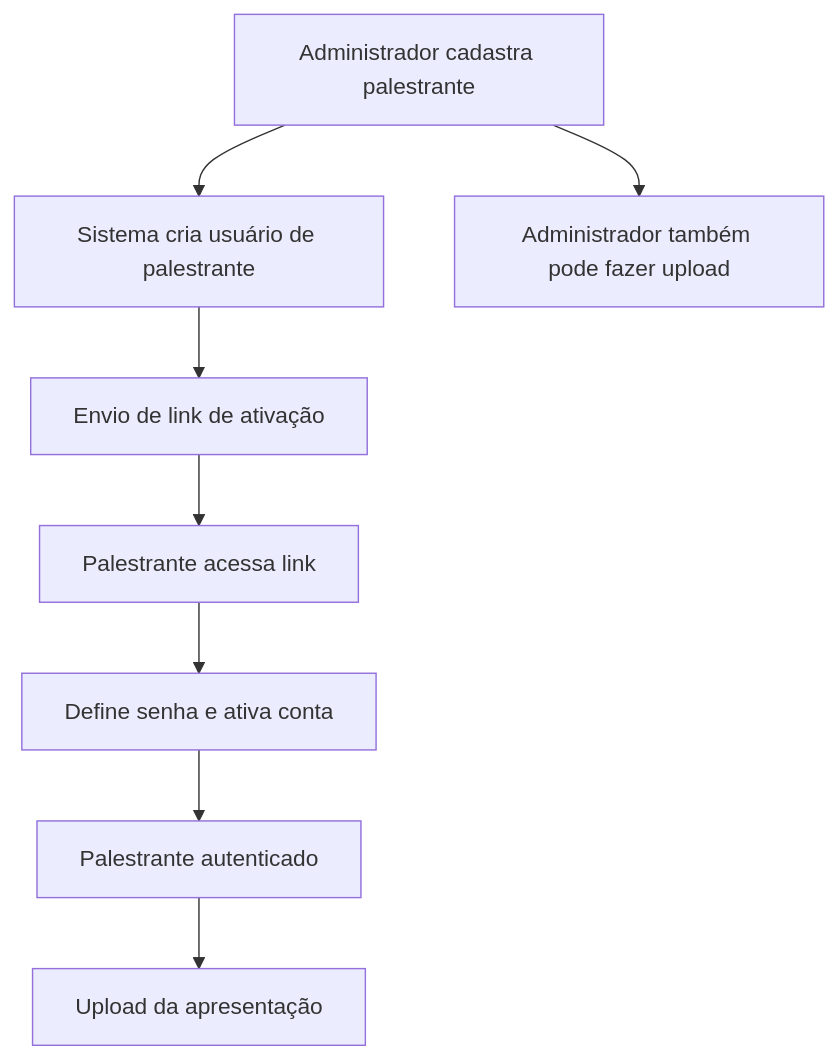
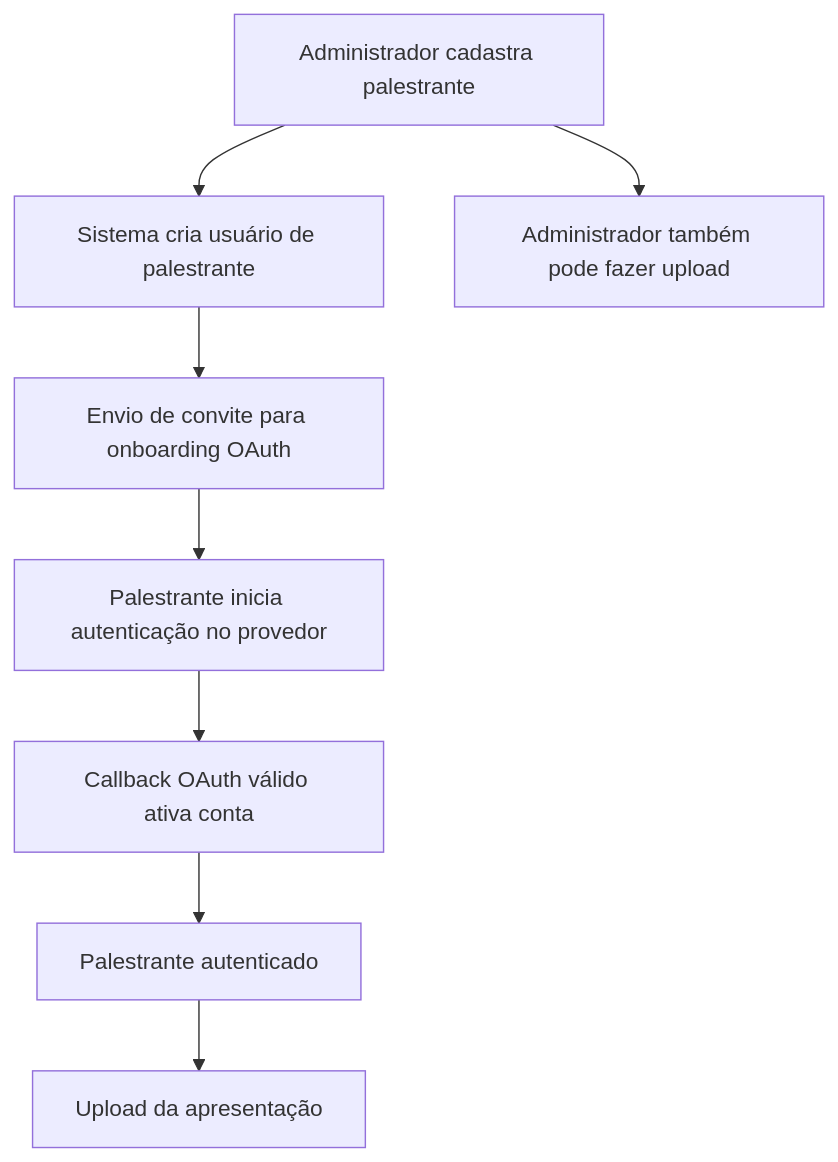
Before and after one commit to salesadriano/eventos: the second of 5 diagrams in docs/DECLARACAO_ESCOPO.md, drawn with Mermaid. The commit also changed other lines of this file and 84 other files, not shown here.

````diff
--- a/docs/DECLARACAO_ESCOPO.md
+++ b/docs/DECLARACAO_ESCOPO.md
@@ -129,10 +137,10 @@
 ```mermaid
 flowchart TD
    A[Administrador cadastra palestrante] --> B[Sistema cria usuário de palestrante]
-   B --> C[Envio de link de ativação]
-   C --> D[Palestrante acessa link]
-   D --> E[Define senha e ativa conta]
+   B --> C[Envio de convite para onboarding OAuth]
+   C --> D[Palestrante inicia autenticação no provedor]
+   D --> E[Callback OAuth válido ativa conta]
    E --> F[Palestrante autenticado]
    F --> G[Upload da apresentação]
    A --> H[Administrador também pode fazer upload]
 ```
````
